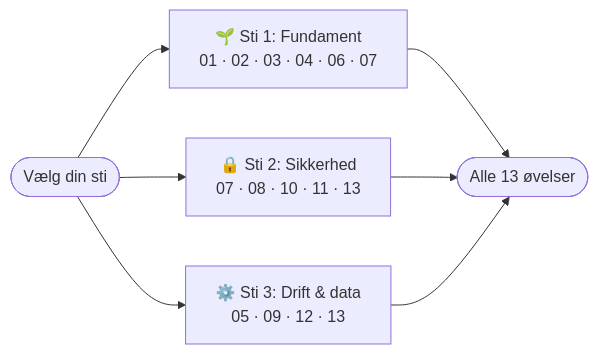
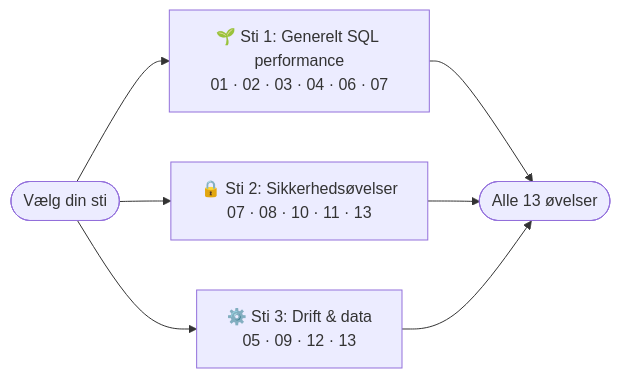
The diagram in README.md (andracs/postgres-sec-exercises), drawn with Mermaid before and after one commit. The commit also changed other lines of this file, not shown here.

First line of the commit message:
Revise README for PostgreSQL exercises

````diff
--- a/README.md
+++ b/README.md
@@ -96,9 +94,9 @@
 ```mermaid
 flowchart LR
-    Start([Vælg din sti]) --> P1["🌱 Sti 1: Fundament<br/>01 · 02 · 03 · 04 · 06 · 07"]
-    Start --> P2["🔒 Sti 2: Sikkerhed<br/>07 · 08 · 10 · 11 · 13"]
+    Start([Vælg din sti]) --> P1["🌱 Sti 1: Generelt SQL performance<br/>01 · 02 · 03 · 04 · 06 · 07"]
+    Start --> P2["🔒 Sti 2: Sikkerhedsøvelser<br/>07 · 08 · 10 · 11 · 13"]
     Start --> P3["⚙️ Sti 3: Drift & data<br/>05 · 09 · 12 · 13"]
     P1 --> Done([Alle 13 øvelser])
     P2 --> Done
     P3 --> Done
 ```
````
